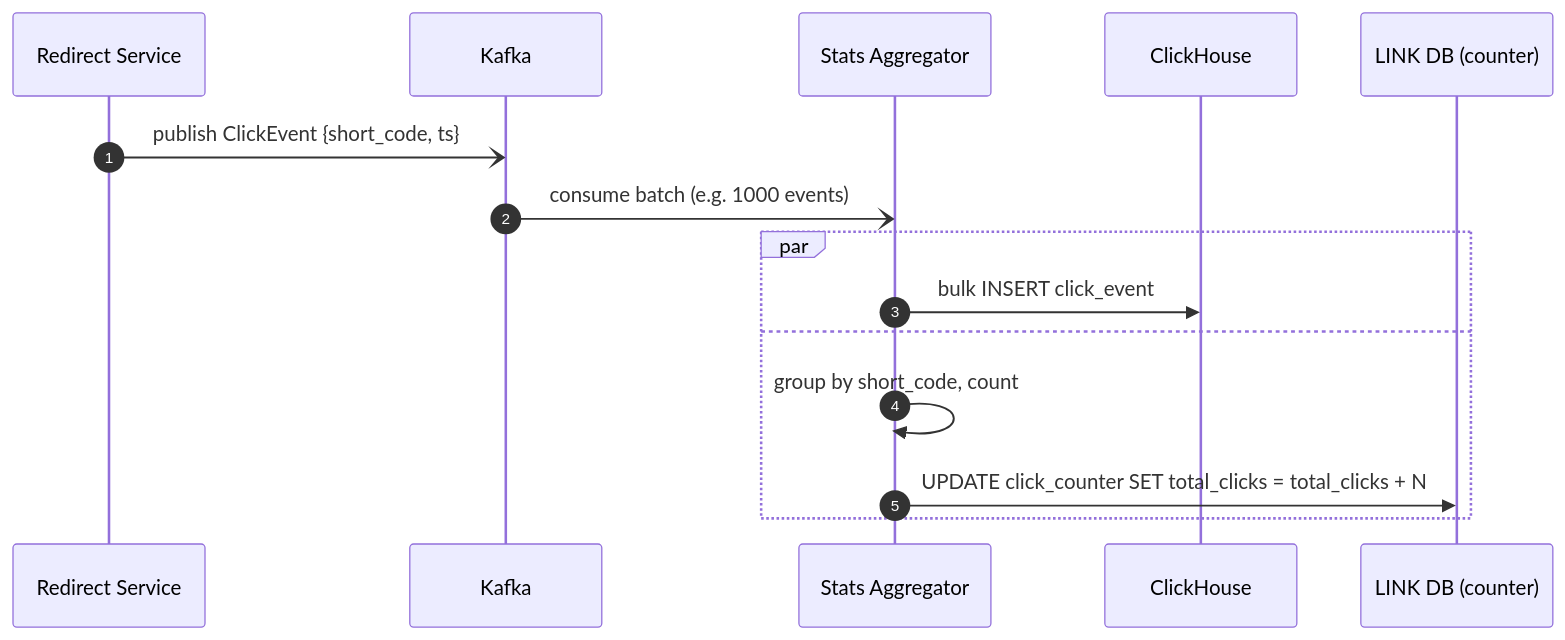
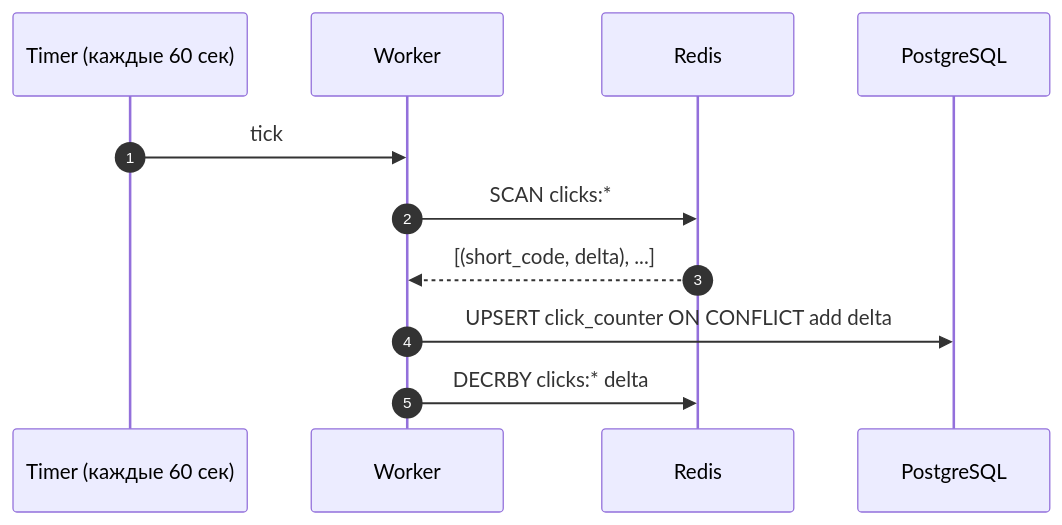
The eighth of 9 diagrams in README.md (f1yToMoon/url_shortener), drawn with Mermaid before and after one commit. The commit also changed other lines of this file, not shown here.

````diff
--- a/README.md
+++ b/README.md
@@ -386,18 +457,14 @@
 ```mermaid
 sequenceDiagram
   autonumber
-  participant R as Redirect Service
-  participant K as Kafka
-  participant A as Stats Aggregator
-  participant CH as ClickHouse
-  participant DB as LINK DB (counter)
+  participant T as Timer (каждые 60 сек)
+  participant W as Worker
+  participant Redis as Redis
+  participant PG as PostgreSQL
 
-  R-)K: publish ClickEvent {short_code, ts}
-  K-)A: consume batch (e.g. 1000 events)
-  par
-    A->>CH: bulk INSERT click_event
-  and
-    A->>A: group by short_code, count
-    A->>DB: UPDATE click_counter SET total_clicks = total_clicks + N
-  end
+  T->>W: tick
+  W->>Redis: SCAN clicks:*
+  Redis-->>W: [(short_code, delta), ...]
+  W->>PG: UPSERT click_counter ON CONFLICT add delta
+  W->>Redis: DECRBY clicks:* delta
 ```
````
